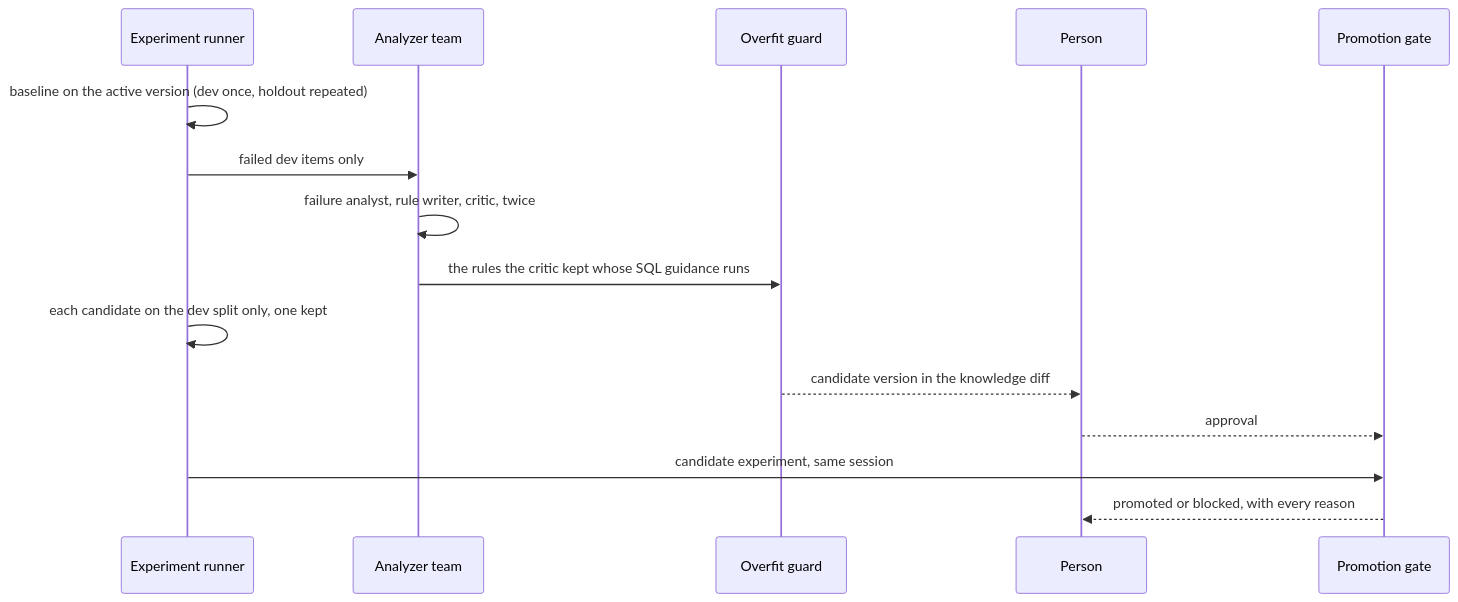
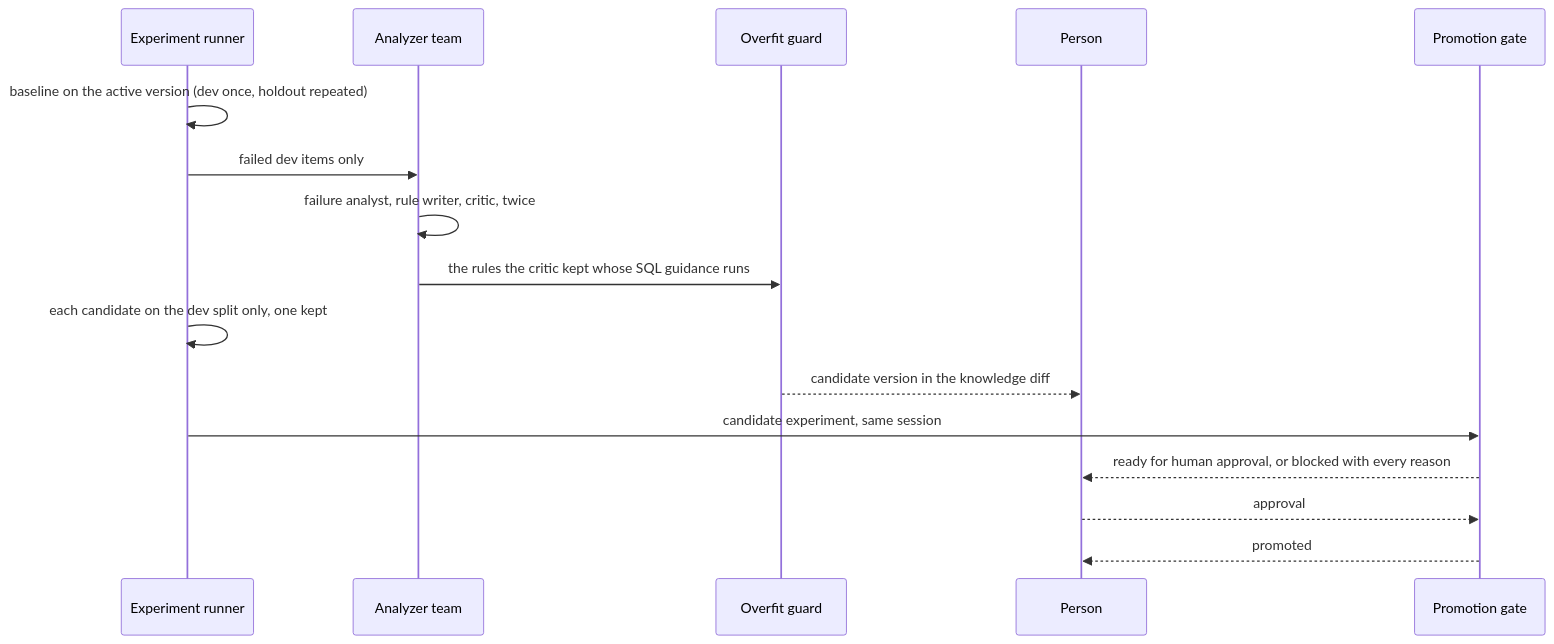
One commit to ANI-IN/loop-engineering changed the diagram in section-4-hill-climbing-loop/demo/walkthrough.md. Above: the diagram before and after it, drawn with Mermaid. The commit also changed other lines of this file and 289 other files, not shown here.

First line of the commit message:
Review rounds 1 and 2: fixes across the four loops, the class flow, and continuous integration

````diff
--- a/section-4-hill-climbing-loop/demo/walkthrough.md
+++ b/section-4-hill-climbing-loop/demo/walkthrough.md
@@ -28,17 +28,18 @@
 ```mermaid
 sequenceDiagram
     participant Runner as Experiment runner
     participant Team as Analyzer team
     participant Guard as Overfit guard
     participant Person
     participant Gate as Promotion gate
     Runner->>Runner: baseline on the active version (dev once, holdout repeated)
     Runner->>Team: failed dev items only
     Team->>Team: failure analyst, rule writer, critic, twice
     Team->>Guard: the rules the critic kept whose SQL guidance runs
     Runner->>Runner: each candidate on the dev split only, one kept
     Guard-->>Person: candidate version in the knowledge diff
+    Runner->>Gate: candidate experiment, same session
+    Gate-->>Person: ready for human approval, or blocked with every reason
     Person-->>Gate: approval
-    Runner->>Gate: candidate experiment, same session
-    Gate-->>Person: promoted or blocked, with every reason
+    Gate-->>Person: promoted
 ```
````
